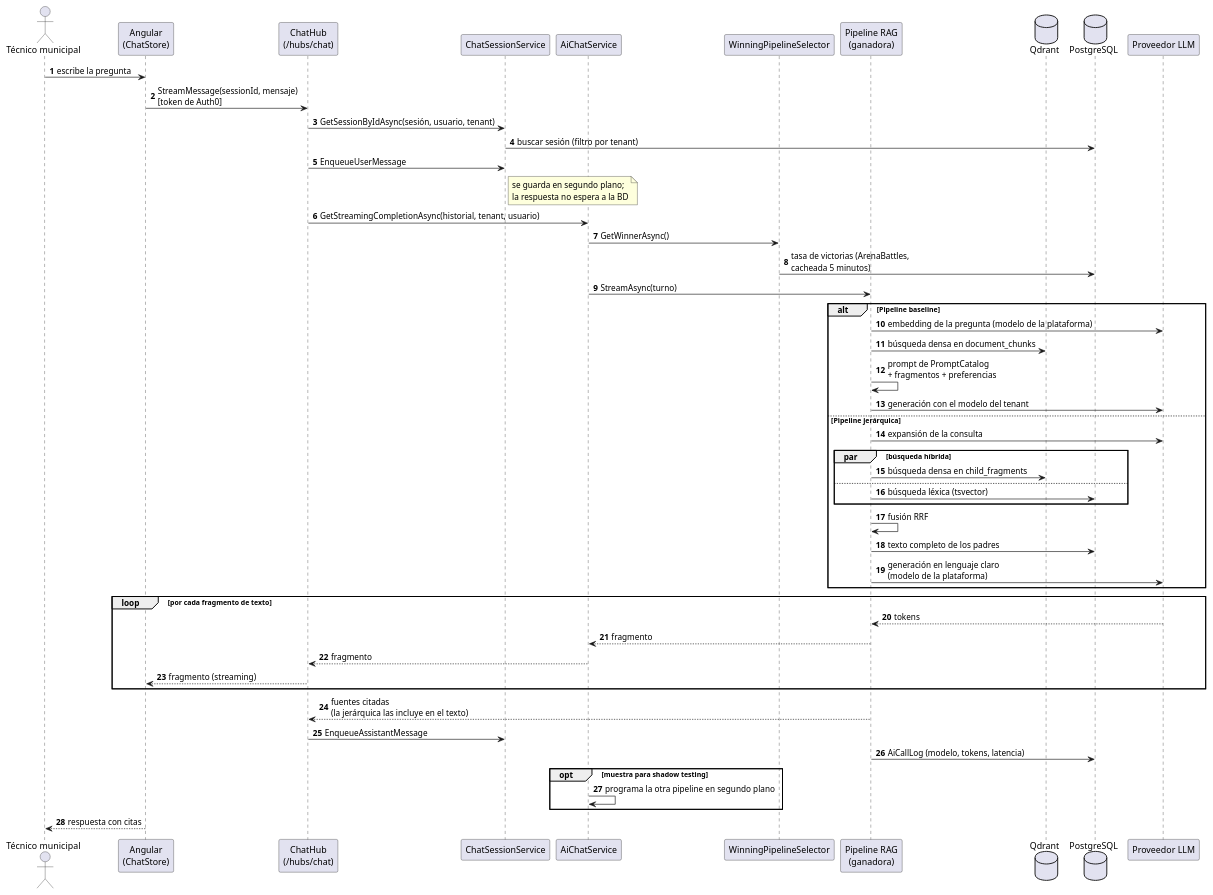
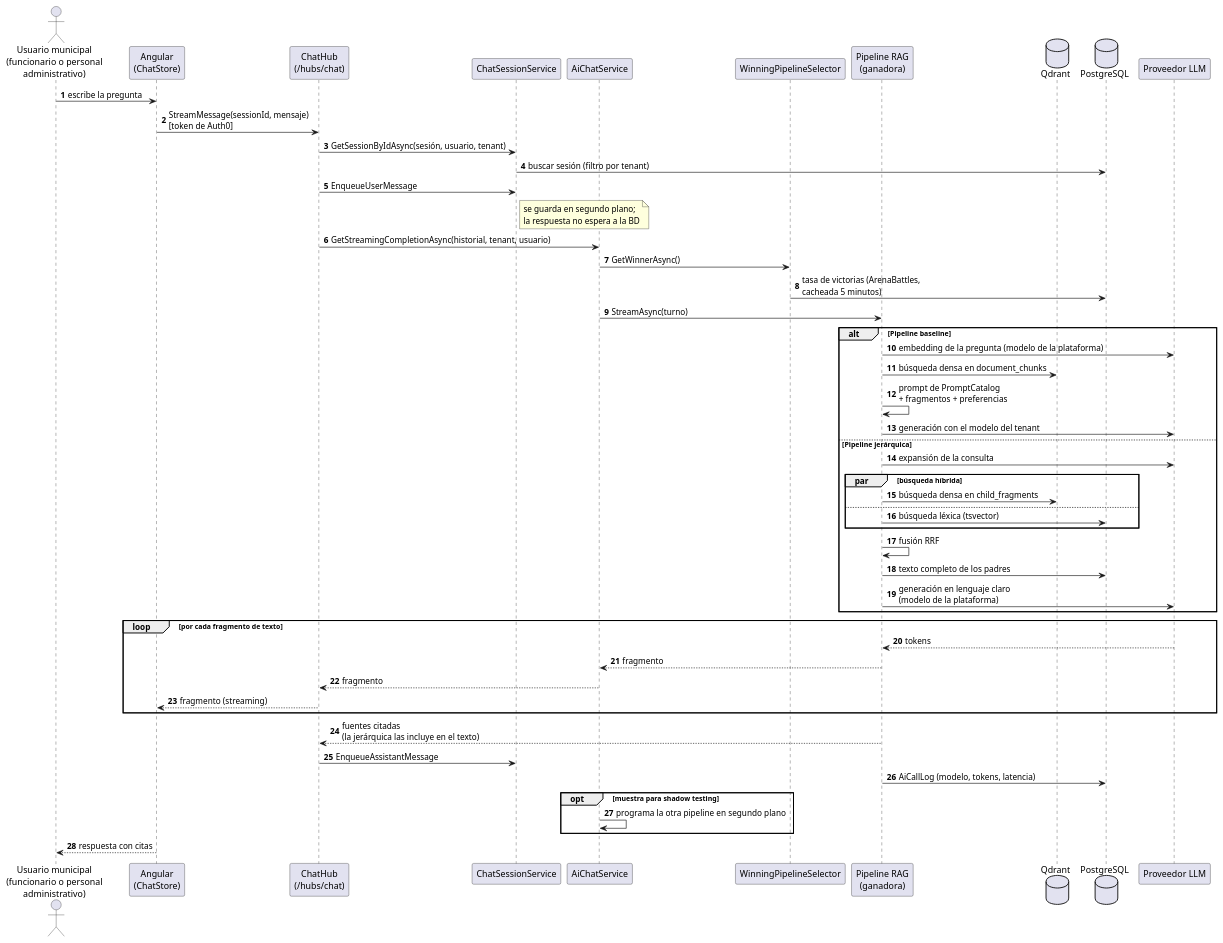
The diagram in memoria/figuras/uml/secuencia-chat.puml (TempooDev/asistente-ayuntamiento), drawn with PlantUML before and after one commit. The commit also changed 7 other files, not shown here.

First line of the commit message:
Update UML sequence diagram and references

```diff
--- a/memoria/figuras/uml/secuencia-chat.puml
+++ b/memoria/figuras/uml/secuencia-chat.puml
@@ -1,59 +1,59 @@
 @startuml secuencia-chat
 ' Pregunta en el chat (respuesta en streaming por SignalR)
 skinparam shadowing false
 skinparam defaultFontName Helvetica
 skinparam sequenceMessageAlign left
 autonumber
-actor "Técnico municipal" as U
+actor "Usuario municipal\n(funcionario o personal\nadministrativo)" as U
 participant "Angular\n(ChatStore)" as SPA
 participant "ChatHub\n(/hubs/chat)" as Hub
 participant "ChatSessionService" as Sess
 participant "AiChatService" as Chat
 participant "WinningPipelineSelector" as Win
 participant "Pipeline RAG\n(ganadora)" as Pipe
 database "Qdrant" as Q
 database "PostgreSQL" as PG
 participant "Proveedor LLM" as LLM
 
 U -> SPA : escribe la pregunta
 SPA -> Hub : StreamMessage(sessionId, mensaje)\n[token de Auth0]
 Hub -> Sess : GetSessionByIdAsync(sesión, usuario, tenant)
 Sess -> PG : buscar sesión (filtro por tenant)
 Hub -> Sess : EnqueueUserMessage
 note right of Sess : se guarda en segundo plano;\nla respuesta no espera a la BD
 Hub -> Chat : GetStreamingCompletionAsync(historial, tenant, usuario)
 Chat -> Win : GetWinnerAsync()
 Win -> PG : tasa de victorias (ArenaBattles,\ncacheada 5 minutos)
 Chat -> Pipe : StreamAsync(turno)
 
 alt Pipeline baseline
   Pipe -> LLM : embedding de la pregunta (modelo de la plataforma)
   Pipe -> Q : búsqueda densa en document_chunks
   Pipe -> Pipe : prompt de PromptCatalog\n+ fragmentos + preferencias
   Pipe -> LLM : generación con el modelo del tenant
 else Pipeline jerárquica
   Pipe -> LLM : expansión de la consulta
   par búsqueda híbrida
     Pipe -> Q : búsqueda densa en child_fragments
   else
     Pipe -> PG : búsqueda léxica (tsvector)
   end
   Pipe -> Pipe : fusión RRF
   Pipe -> PG : texto completo de los padres
   Pipe -> LLM : generación en lenguaje claro\n(modelo de la plataforma)
 end
 
 loop por cada fragmento de texto
   LLM --> Pipe : tokens
   Pipe --> Chat : fragmento
   Chat --> Hub : fragmento
   Hub --> SPA : fragmento (streaming)
 end
 Pipe --> Hub : fuentes citadas\n(la jerárquica las incluye en el texto)
 Hub -> Sess : EnqueueAssistantMessage
 Pipe -> PG : AiCallLog (modelo, tokens, latencia)
 opt muestra para shadow testing
   Chat -> Chat : programa la otra pipeline en segundo plano
 end
 SPA --> U : respuesta con citas
 @enduml
```
